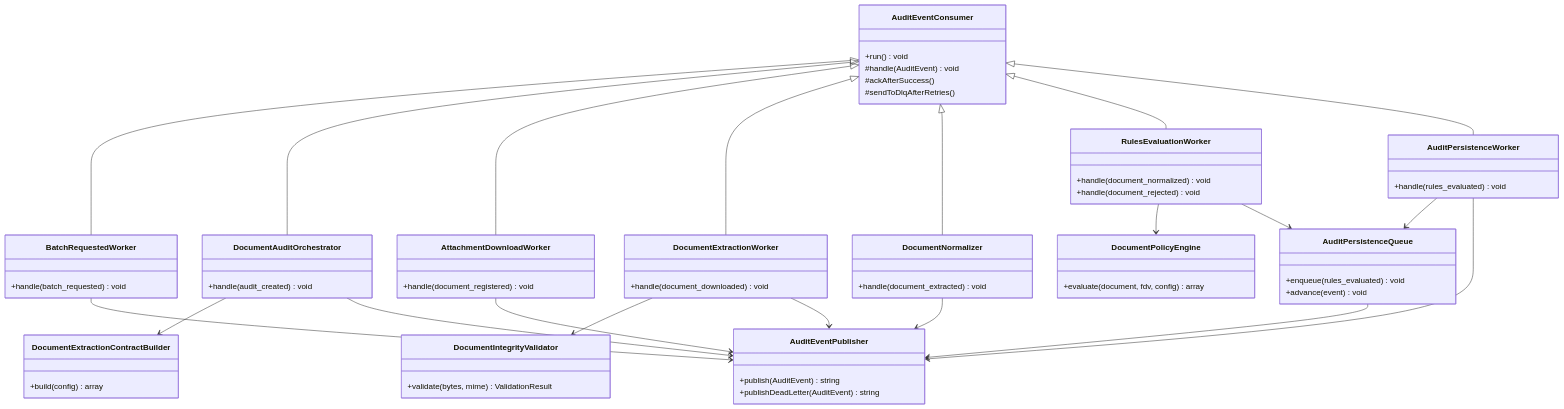
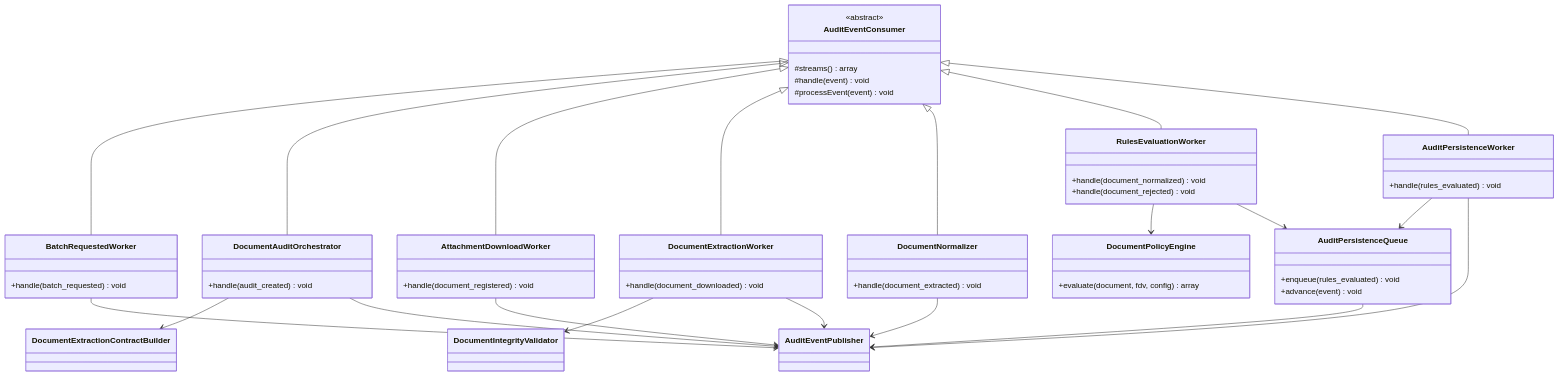
The fifth of 6 diagrams in plans/architecture-diagrams.md (jfrem/AudFact), drawn with Mermaid before and after one commit. The commit also changed other lines of this file and 16 other files, not shown here.

````diff
--- a/plans/architecture-diagrams.md
+++ b/plans/architecture-diagrams.md
@@ -170,80 +168,67 @@
 ```mermaid
 classDiagram
-    class AuditEventPublisher {
-        +publish(AuditEvent) string
-        +publishDeadLetter(AuditEvent) string
-    }
-
     class AuditEventConsumer {
-        +run() void
-        #handle(AuditEvent) void
-        #ackAfterSuccess()
-        #sendToDlqAfterRetries()
+        <<abstract>>
+        #streams() array
+        #handle(event) void
+        #processEvent(event) void
     }
 
     class BatchRequestedWorker {
         +handle(batch_requested) void
     }
 
     class DocumentAuditOrchestrator {
         +handle(audit_created) void
-    }
-
-    class DocumentExtractionContractBuilder {
-        +build(config) array
-    }
-
-    class DocumentIntegrityValidator {
-        +validate(bytes, mime) ValidationResult
     }
 
     class AttachmentDownloadWorker {
         +handle(document_registered) void
     }
 
     class DocumentExtractionWorker {
         +handle(document_downloaded) void
     }
 
     class DocumentNormalizer {
         +handle(document_extracted) void
     }
 
     class RulesEvaluationWorker {
         +handle(document_normalized) void
         +handle(document_rejected) void
     }
 
     class DocumentPolicyEngine {
         +evaluate(document, fdv, config) array
     }
 
     class AuditPersistenceQueue {
         +enqueue(rules_evaluated) void
         +advance(event) void
     }
 
     class AuditPersistenceWorker {
         +handle(rules_evaluated) void
     }
 
     AuditEventConsumer <|-- BatchRequestedWorker
     AuditEventConsumer <|-- DocumentAuditOrchestrator
     AuditEventConsumer <|-- AttachmentDownloadWorker
     AuditEventConsumer <|-- DocumentExtractionWorker
     AuditEventConsumer <|-- DocumentNormalizer
     AuditEventConsumer <|-- RulesEvaluationWorker
     AuditEventConsumer <|-- AuditPersistenceWorker
     DocumentAuditOrchestrator --> DocumentExtractionContractBuilder
     DocumentExtractionWorker --> DocumentIntegrityValidator
     RulesEvaluationWorker --> DocumentPolicyEngine
     BatchRequestedWorker --> AuditEventPublisher
     DocumentAuditOrchestrator --> AuditEventPublisher
     AttachmentDownloadWorker --> AuditEventPublisher
     DocumentExtractionWorker --> AuditEventPublisher
     DocumentNormalizer --> AuditEventPublisher
     RulesEvaluationWorker --> AuditPersistenceQueue
     AuditPersistenceQueue --> AuditEventPublisher
     AuditPersistenceWorker --> AuditPersistenceQueue
     AuditPersistenceWorker --> AuditEventPublisher
 ```
````
